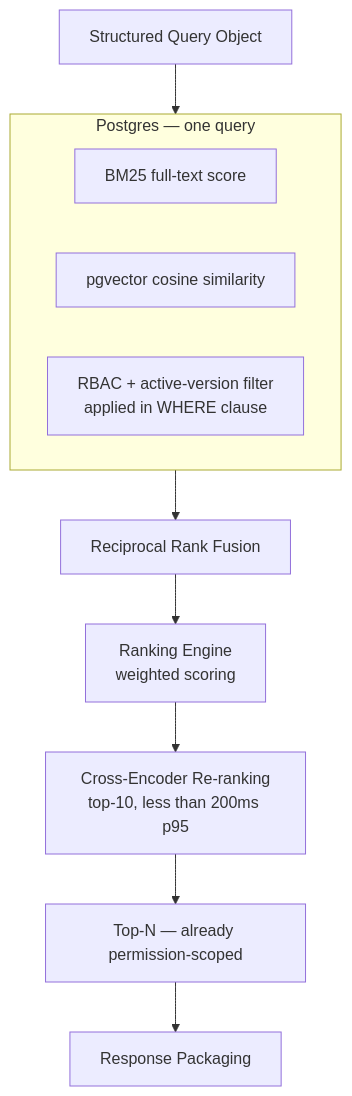
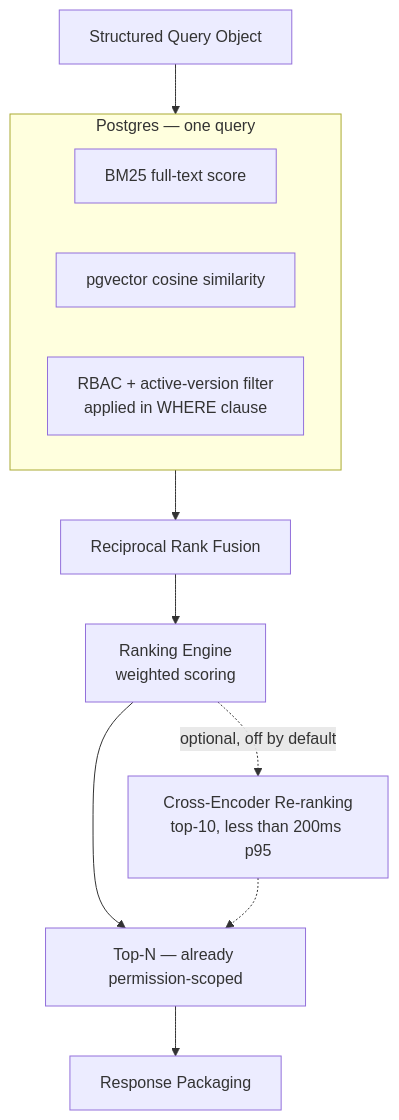
Before and after one commit to SHREENIDHIMS/Asto-v1: the third of 9 diagrams in Final_System_Design.md, drawn with Mermaid. The commit also changed other lines of this file and 1 other file, not shown here.

````diff
--- a/Final_System_Design.md
+++ b/Final_System_Design.md
@@ -132,14 +136,15 @@
 ```mermaid
 flowchart TD
     SQ[Structured Query Object] --> PGQ[Single Postgres Query]
     subgraph PGQ[Postgres — one query]
         BM25[BM25 full-text score]
         VEC[pgvector cosine similarity]
         FILTER[RBAC + active-version filter<br/>applied in WHERE clause]
     end
     PGQ --> RRF[Reciprocal Rank Fusion]
     RRF --> RANKENG[Ranking Engine<br/>weighted scoring]
-    RANKENG --> RERANK[Cross-Encoder Re-ranking<br/>top-10, less than 200ms p95]
-    RERANK --> TOPN[Top-N — already permission-scoped]
+    RANKENG -. optional, off by default .-> RERANK[Cross-Encoder Re-ranking<br/>top-10, less than 200ms p95]
+    RANKENG --> TOPN[Top-N — already permission-scoped]
+    RERANK -.-> TOPN
     TOPN --> PKG[Response Packaging]
 ```
````
